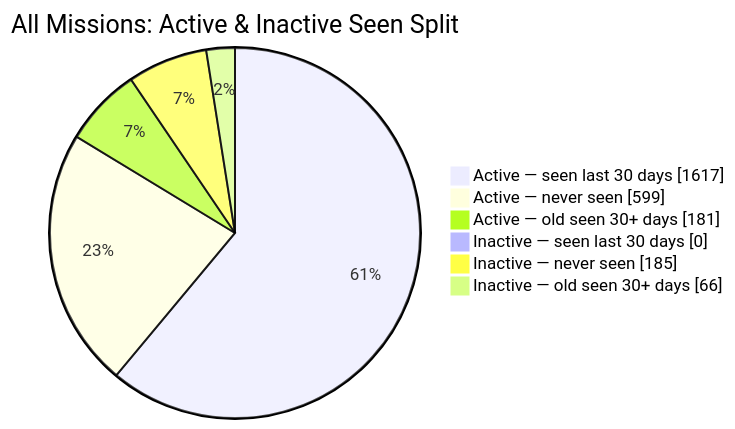
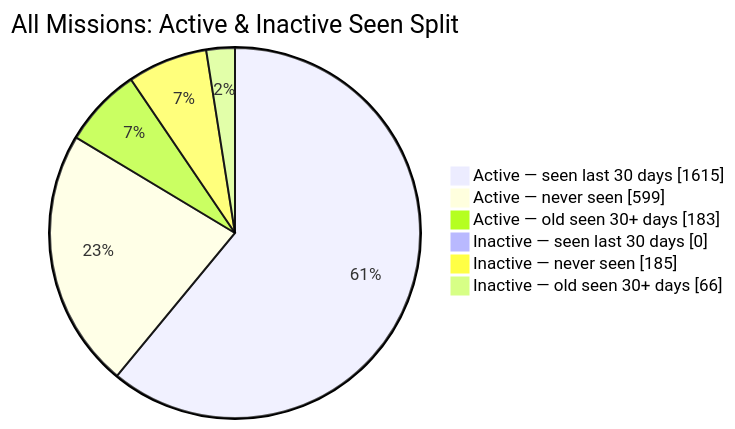
Before and after one commit to MeldkamerspelGameTeam/active-missions: the second of 2 diagrams in README.md, drawn with Mermaid. The commit also changed other lines of this file and 2 other files, not shown here.

````diff
--- a/README.md
+++ b/README.md
@@ -44,10 +44,10 @@
 ```mermaid
 pie showData
     title All Missions: Active & Inactive Seen Split
-    "Active — seen last 30 days" : 1617
+    "Active — seen last 30 days" : 1615
     "Active — never seen" : 599
-    "Active — old seen 30+ days" : 181
+    "Active — old seen 30+ days" : 183
     "Inactive — seen last 30 days" : 0
     "Inactive — never seen" : 185
     "Inactive — old seen 30+ days" : 66
 ```
````
